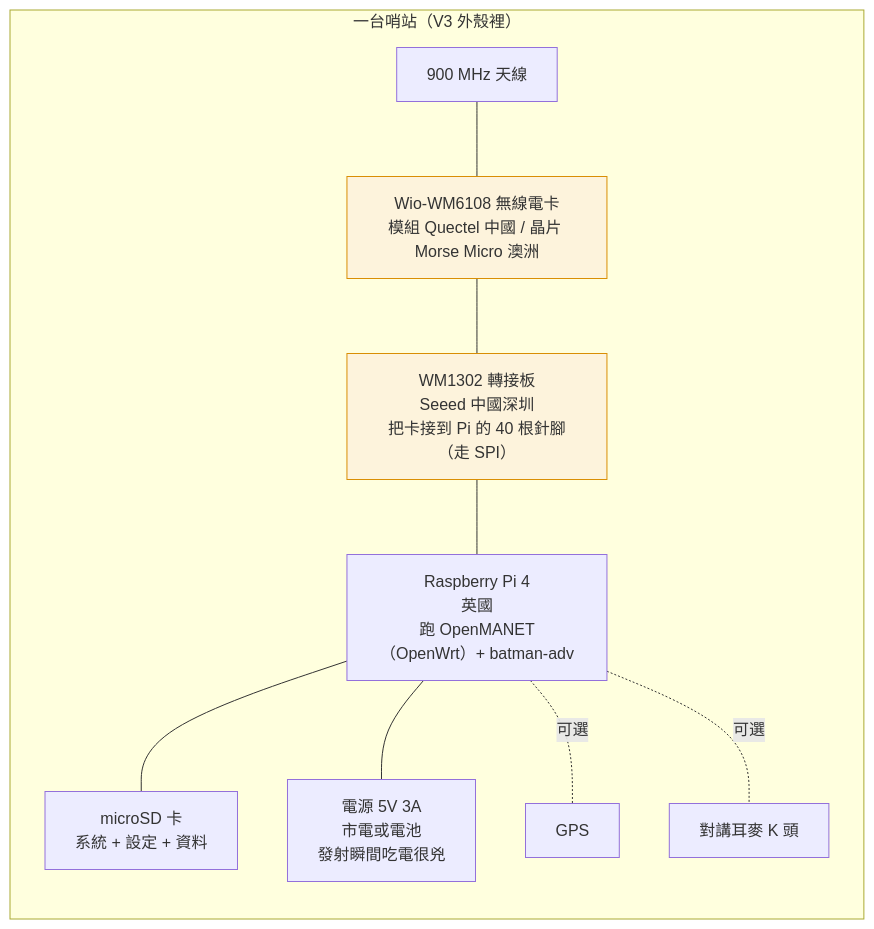
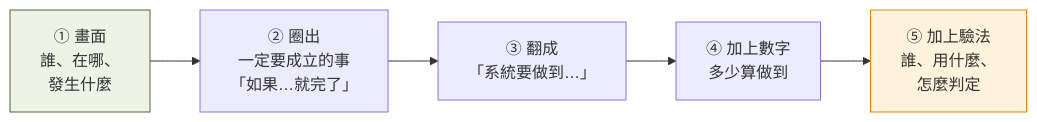
One commit to winson3QQ/Batman changed the third of 3 diagrams in docs/curriculum/week2.md. Above: the diagram before and after it, drawn with Mermaid. The commit also changed other lines of this file and 4 other files, not shown here.

````diff
--- a/docs/curriculum/week2.md
+++ b/docs/curriculum/week2.md
@@ -45,15 +53,9 @@
 ```mermaid
 flowchart LR
-  subgraph Node[一台哨站（V3 外殼裡）]
-    direction TB
-    ANT[900 MHz 天線] --- CARD[Wio-WM6108 無線電卡<br/>模組 Quectel 中國 / 晶片 Morse Micro 澳洲]
-    CARD --- HAT[WM1302 轉接板<br/>Seeed 中國深圳<br/>把卡接到 Pi 的 40 根針腳（走 SPI）]
-    HAT --- PI[Raspberry Pi 4<br/>英國<br/>跑 OpenMANET（OpenWrt）+ batman-adv]
-    PI --- SD[microSD 卡<br/>系統 + 設定 + 資料]
-    PI --- PWR[電源 5V 3A<br/>市電或電池<br/>發射瞬間吃電很兇]
-    PI -.可選.- GPS[GPS]
-    PI -.可選.- PTT[對講耳麥 K 頭]
-  end
-  style CARD fill:#fdf3dc,stroke:#d98e04
-  style HAT fill:#fdf3dc,stroke:#d98e04
+  P1[① 畫面<br/>誰、在哪、<br/>發生什麼] --> P2[② 圈出<br/>一定要成立的事<br/>「如果…就完了」]
+  P2 --> P3[③ 翻成<br/>「系統要做到…」]
+  P3 --> P4[④ 加上數字<br/>多少算做到]
+  P4 --> P5[⑤ 加上驗法<br/>誰、用什麼、<br/>怎麼判定]
+  style P1 fill:#eef3e6,stroke:#4f6b3a
+  style P5 fill:#fdf3dc,stroke:#d98e04
 ```
````
